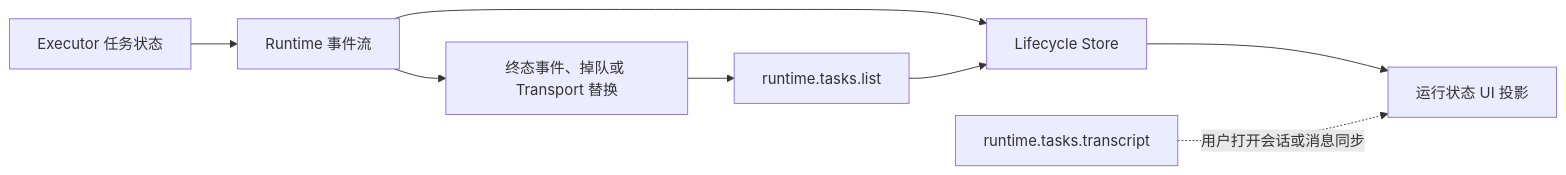
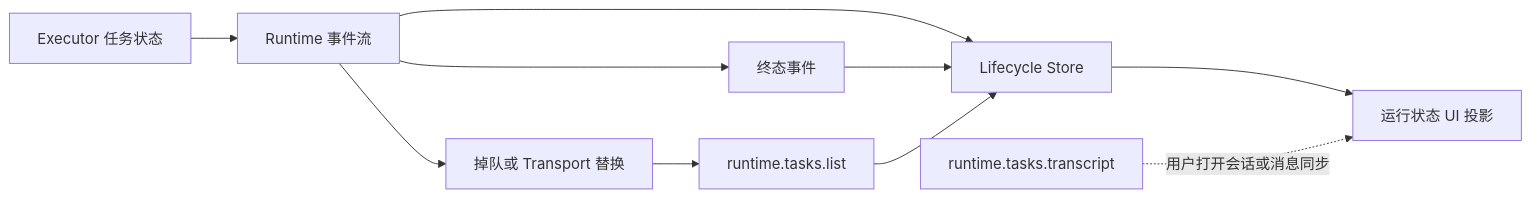
Before and after one commit to wecode-ai/Wegent: the first of 2 diagrams in docs/zh/architecture/runtime-task-lifecycle-reconciliation.md, drawn with Mermaid. The commit also changed other lines of this file and 5 other files, not shown here.

````diff
--- a/docs/zh/architecture/runtime-task-lifecycle-reconciliation.md
+++ b/docs/zh/architecture/runtime-task-lifecycle-reconciliation.md
@@ -13,10 +13,12 @@
 ```mermaid
 flowchart LR
     EXEC[Executor 任务状态] --> STREAM[Runtime 事件流]
     STREAM --> STORE[Lifecycle Store]
     STORE --> UI[运行状态 UI 投影]
-    STREAM --> SIGNAL[终态事件、掉队或 Transport 替换]
+    STREAM --> TERMINAL[终态事件]
+    TERMINAL --> STORE
+    STREAM --> SIGNAL[掉队或 Transport 替换]
     SIGNAL --> LIST[runtime.tasks.list]
     LIST --> STORE
     TRANSCRIPT[runtime.tasks.transcript] -. 用户打开会话或消息同步 .-> UI
 ```
````
